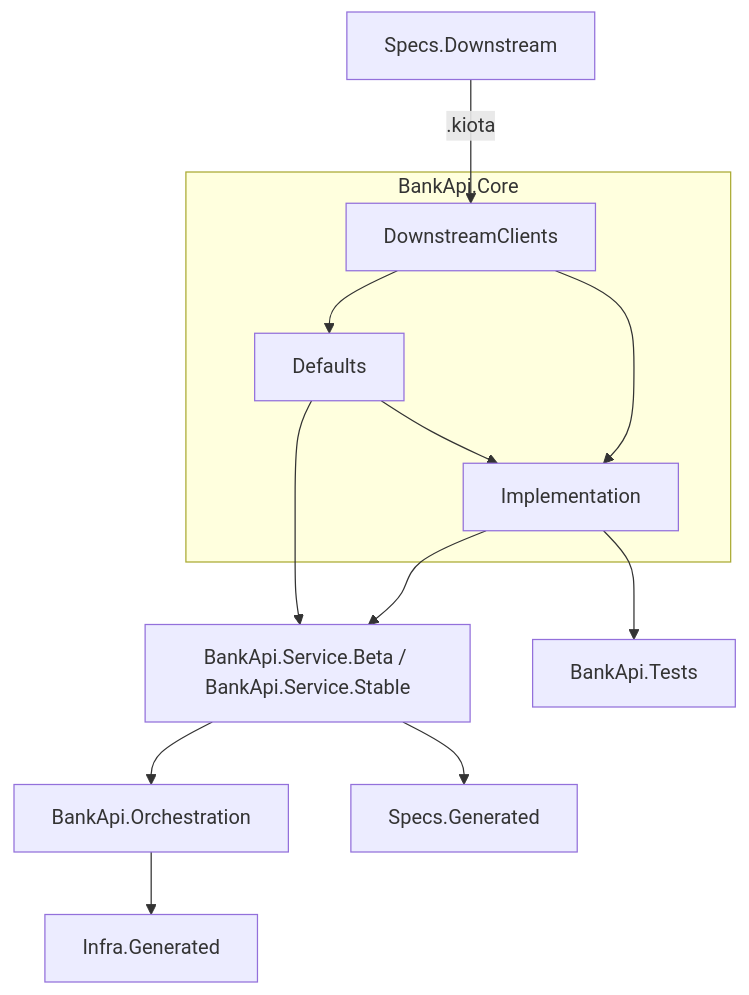
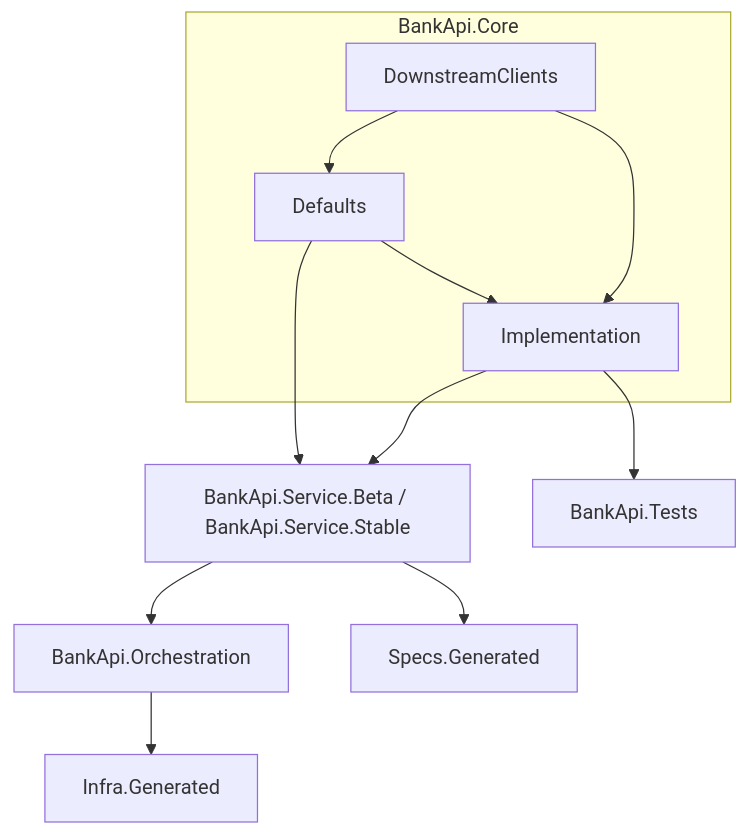
One commit to erwinkramer/bank-api changed the diagram in README.md. Above: the diagram before and after it, drawn with Mermaid. The commit also changed 3 other files, not shown here.

````diff
--- a/README.md
+++ b/README.md
@@ -76,32 +76,30 @@
 ```mermaid
 flowchart TB
 
 apis[BankApi.Service.Beta / BankApi.Service.Stable]
 aspire[BankApi.Orchestration]
 test[BankApi.Tests]
 
 infra_gen[Infra.Generated]
 specs_gen[Specs.Generated]
-specs_downstream[Specs.Downstream]
 
 subgraph core[BankApi.Core]
 Defaults
 DownstreamClients
 Implementation
 end
 
-specs_downstream -- .kiota --> DownstreamClients
 Defaults --> Implementation
 
 DownstreamClients --> Defaults
 DownstreamClients --> Implementation
 
 Defaults --> apis
 Implementation --> apis
 Implementation --> test
 
 apis --> aspire
 apis --> specs_gen
 
 aspire--> infra_gen
 ```
````
